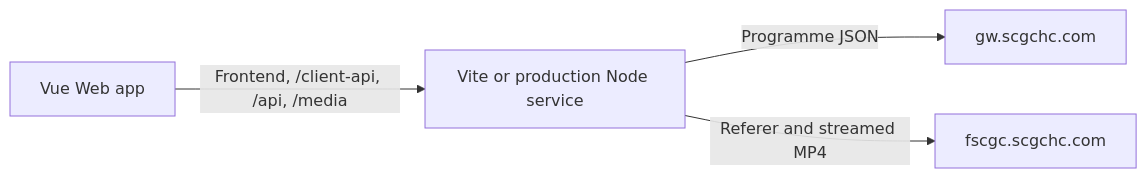
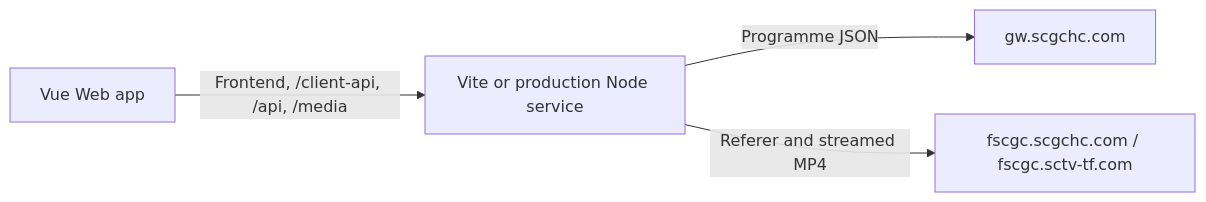
Before and after one commit to by291/sctv-dl: the diagram in docs/architecture.md, drawn with Mermaid. The commit also changed 17 other files, not shown here.

````diff
--- a/docs/architecture.md
+++ b/docs/architecture.md
@@ -9,6 +9,6 @@
 ```mermaid
 flowchart LR
     Browser["Vue Web app"] -->|"Frontend, /client-api, /api, /media"| Server["Vite or production Node service"]
     Server -->|"Programme JSON"| API["gw.scgchc.com"]
-    Server -->|"Referer and streamed MP4"| CDN["fscgc.scgchc.com"]
+    Server -->|"Referer and streamed MP4"| CDN["fscgc.scgchc.com / fscgc.sctv-tf.com"]
 ```
````
